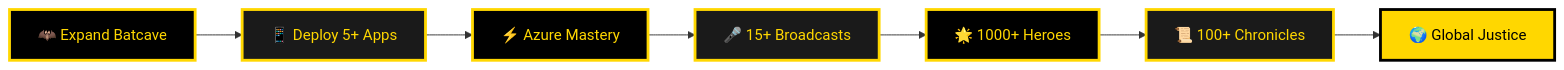
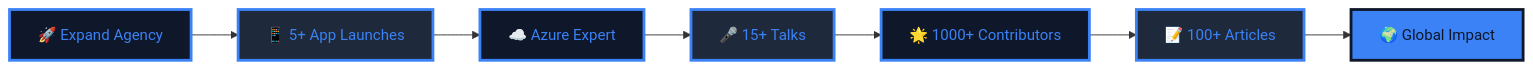
One commit to hasnainmakada-99/hasnainmakada-99 changed the diagram in README.md. Above: the diagram before and after it, drawn with Mermaid. The commit also changed other lines of this file and 1 other file, not shown here.

````diff
--- a/README.md
+++ b/README.md
@@ -547,17 +378,17 @@
 ```mermaid
 graph LR
-    A[🦇 Expand Batcave] --> B[📱 Deploy 5+ Apps]
-    B --> C[⚡ Azure Mastery]
-    C --> D[🎤 15+ Broadcasts]
-    D --> E[🌟 1000+ Heroes]
-    E --> F[📜 100+ Chronicles]
-    F --> G[🌍 Global Justice]
+    A[🚀 Expand Agency] --> B[📱 5+ App Launches]
+    B --> C[☁️ Azure Expert]
+    C --> D[🎤 15+ Talks]
+    D --> E[🌟 1000+ Contributors]
+    E --> F[📝 100+ Articles]
+    F --> G[🌍 Global Impact]
     
-    style A fill:#000000,stroke:#FFD700,stroke-width:3px,color:#FFD700
-    style B fill:#1a1a1a,stroke:#FFD700,stroke-width:3px,color:#FFD700
-    style C fill:#000000,stroke:#FFD700,stroke-width:3px,color:#FFD700
-    style D fill:#1a1a1a,stroke:#FFD700,stroke-width:3px,color:#FFD700
-    style E fill:#000000,stroke:#FFD700,stroke-width:3px,color:#FFD700
-    style F fill:#1a1a1a,stroke:#FFD700,stroke-width:3px,color:#FFD700
-    style G fill:#FFD700,stroke:#000000,stroke-width:3px,color:#000000
+    style A fill:#0f172a,stroke:#3b82f6,stroke-width:3px,color:#3b82f6
+    style B fill:#1e293b,stroke:#3b82f6,stroke-width:3px,color:#3b82f6
+    style C fill:#0f172a,stroke:#3b82f6,stroke-width:3px,color:#3b82f6
+    style D fill:#1e293b,stroke:#3b82f6,stroke-width:3px,color:#3b82f6
+    style E fill:#0f172a,stroke:#3b82f6,stroke-width:3px,color:#3b82f6
+    style F fill:#1e293b,stroke:#3b82f6,stroke-width:3px,color:#3b82f6
+    style G fill:#3b82f6,stroke:#0f172a,stroke-width:3px,color:#0f172a
 ```
````
